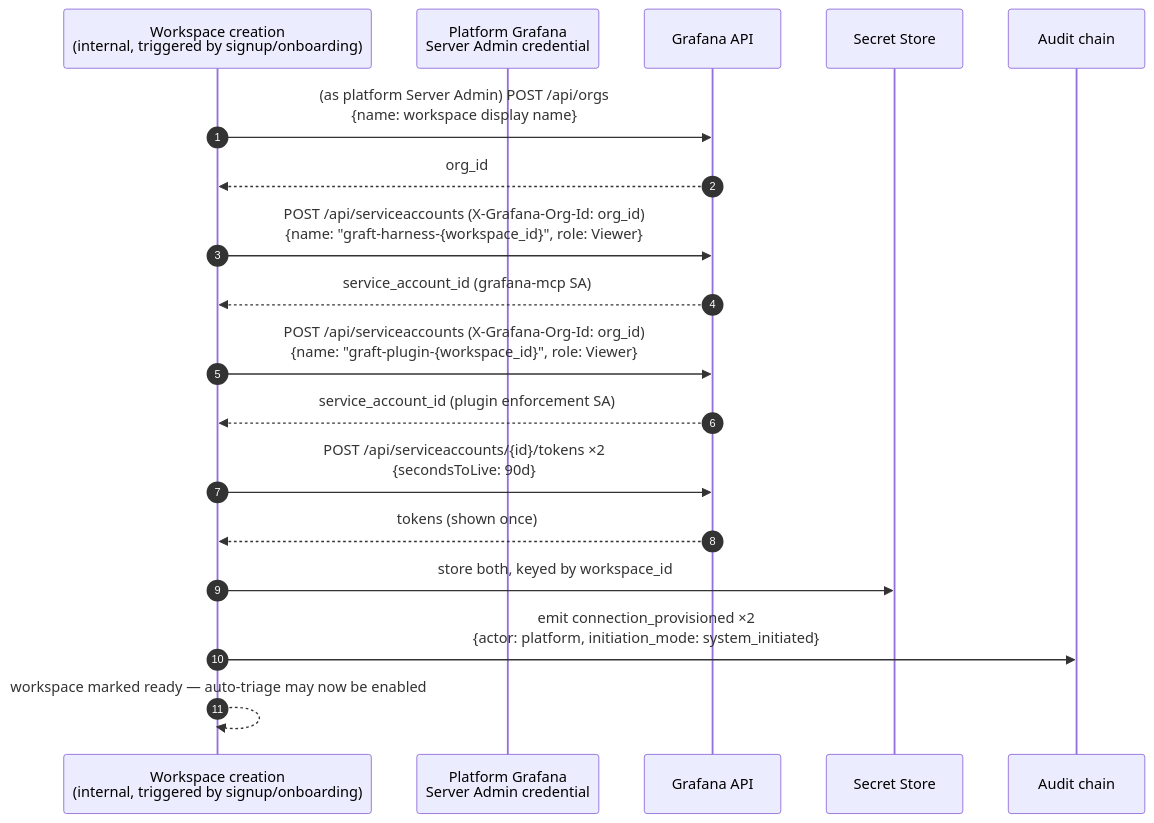
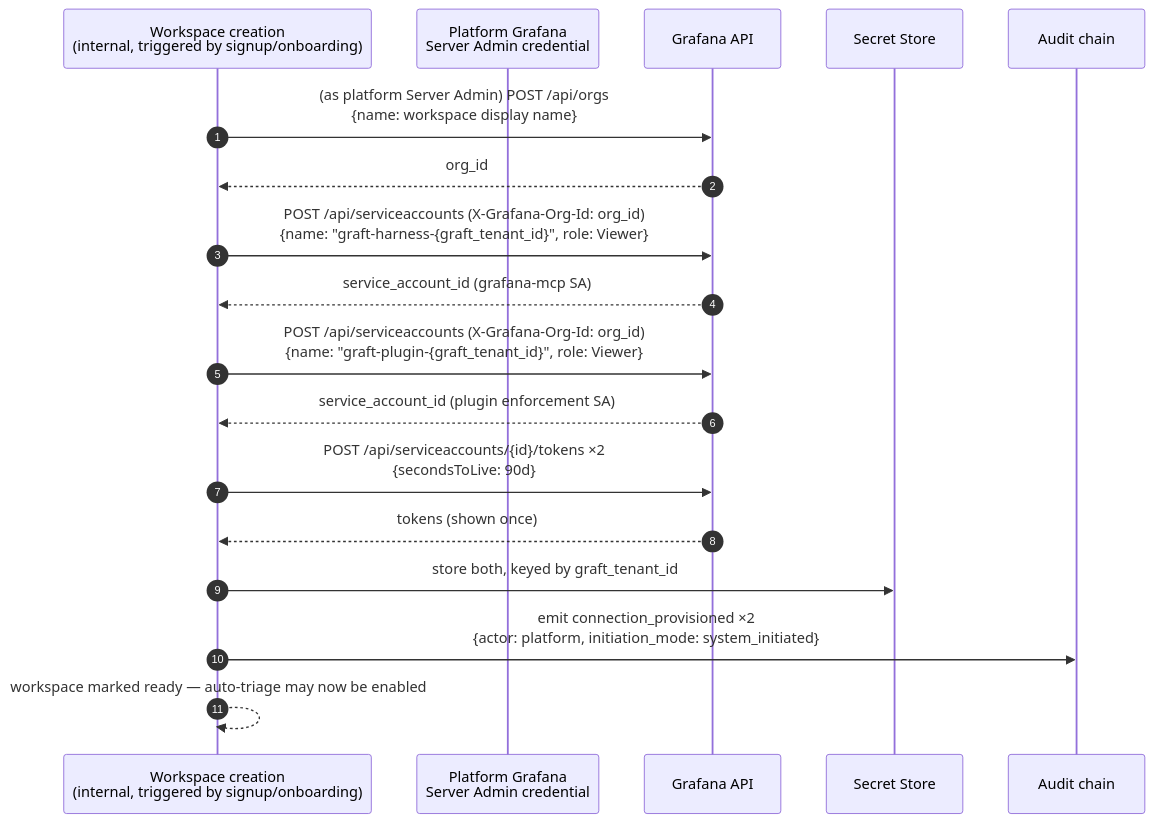
The diagram in docs/design/grafana-mcp-provisioning.md (vikshana/graft-agent-harness), drawn with Mermaid before and after one commit. The commit also changed 10 other files, not shown here.

````diff
--- a/docs/design/grafana-mcp-provisioning.md
+++ b/docs/design/grafana-mcp-provisioning.md
@@ -40,21 +40,21 @@
 ```mermaid
 sequenceDiagram
     autonumber
     participant OPS as Workspace creation<br/>(internal, triggered by signup/onboarding)
     participant PLAT as Platform Grafana<br/>Server Admin credential
     participant GF as Grafana API
     participant SEC as Secret Store
     participant AUD as Audit chain
 
     OPS->>GF: (as platform Server Admin) POST /api/orgs<br/>{name: workspace display name}
     GF-->>OPS: org_id
-    OPS->>GF: POST /api/serviceaccounts (X-Grafana-Org-Id: org_id)<br/>{name: "graft-harness-{workspace_id}", role: Viewer}
+    OPS->>GF: POST /api/serviceaccounts (X-Grafana-Org-Id: org_id)<br/>{name: "graft-harness-{graft_tenant_id}", role: Viewer}
     GF-->>OPS: service_account_id (grafana-mcp SA)
-    OPS->>GF: POST /api/serviceaccounts (X-Grafana-Org-Id: org_id)<br/>{name: "graft-plugin-{workspace_id}", role: Viewer}
+    OPS->>GF: POST /api/serviceaccounts (X-Grafana-Org-Id: org_id)<br/>{name: "graft-plugin-{graft_tenant_id}", role: Viewer}
     GF-->>OPS: service_account_id (plugin enforcement SA)
     OPS->>GF: POST /api/serviceaccounts/{id}/tokens ×2<br/>{secondsToLive: 90d}
     GF-->>OPS: tokens (shown once)
-    OPS->>SEC: store both, keyed by workspace_id
+    OPS->>SEC: store both, keyed by graft_tenant_id
     OPS->>AUD: emit connection_provisioned ×2<br/>{actor: platform, initiation_mode: system_initiated}
     OPS-->>OPS: workspace marked ready — auto-triage may now be enabled
 ```
````
